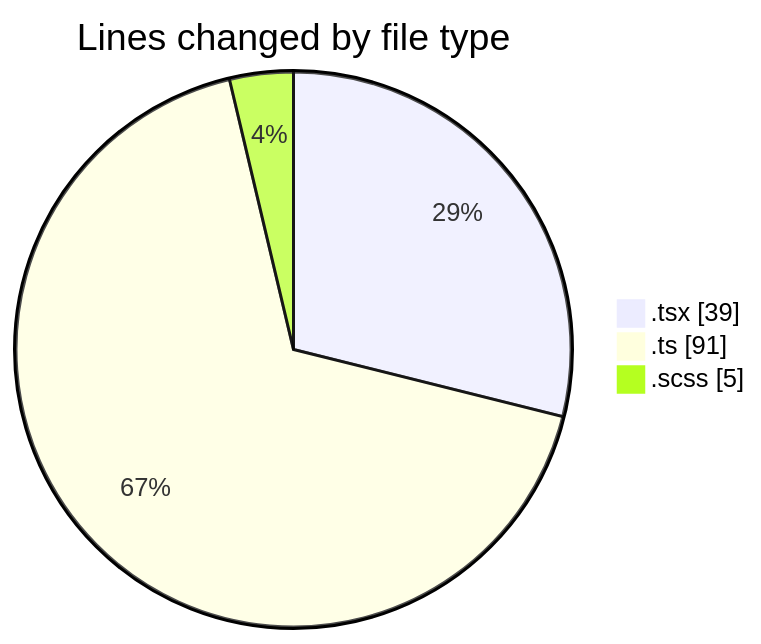
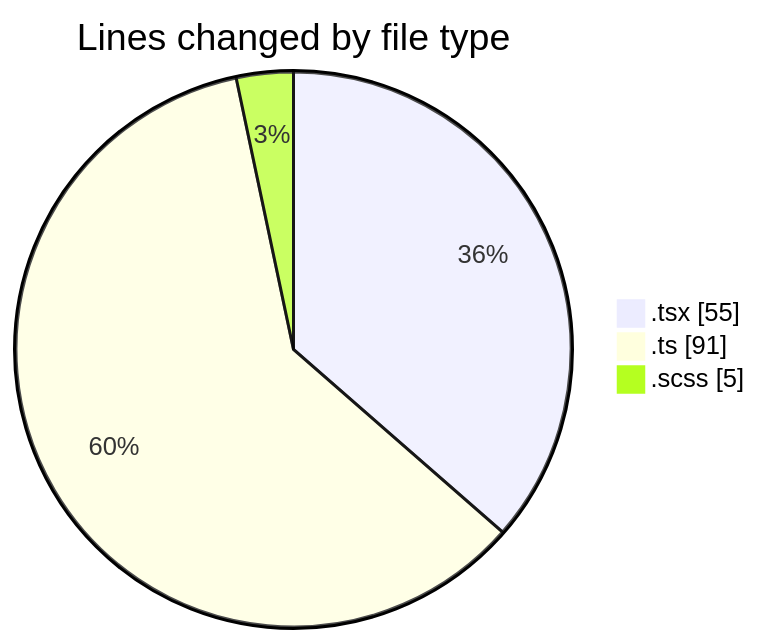
One commit to momahboobian/code-tracking changed the first of 2 diagrams in 2025-10-07/cda/README.md. Above: the diagram before and after it, drawn with Mermaid. The commit also changed other lines of this file and 1 other file, not shown here.

````diff
--- a/2025-10-07/cda/README.md
+++ b/2025-10-07/cda/README.md
@@ -24,7 +24,7 @@
 ```mermaid
 pie showData
 title Lines changed by file type
-".tsx" : 39
+".tsx" : 55
 ".ts" : 91
 ".scss" : 5
 ```
````
